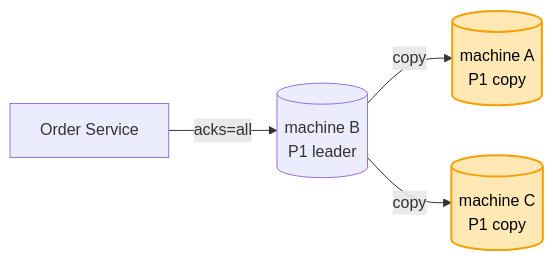
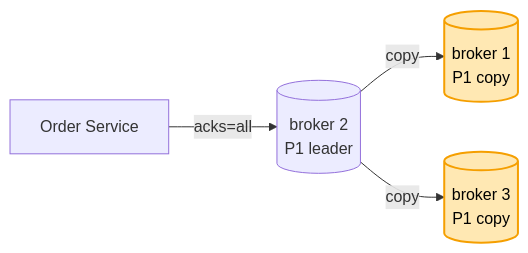
One commit to ArpanMaheshwari144/Prep changed the sixth of 8 diagrams in 04_HLD/SYSTEM_DESIGNS/12_message_queue_kafka/12_message_queue_kafka.md. Above: the diagram before and after it, drawn with Mermaid. The commit also changed other lines of this file and 9 other files, not shown here.

Commit message:
audit: 01-12 ki seedhi galtiyan (number, naam, diagram teer, chhote shabd, Redis WAIT)

````diff
--- a/04_HLD/SYSTEM_DESIGNS/12_message_queue_kafka/12_message_queue_kafka.md
+++ b/04_HLD/SYSTEM_DESIGNS/12_message_queue_kafka/12_message_queue_kafka.md
@@ -242,8 +242,8 @@
 ```mermaid
 flowchart LR
-    O["Order Service"] -- "acks=all" --> L[("machine B<br/>P1 leader")]
-    L -- "copy" --> A[("machine A<br/>P1 copy")]
-    L -- "copy" --> C[("machine C<br/>P1 copy")]
+    O["Order Service"] -- "acks=all" --> L[("broker 2<br/>P1 leader")]
+    L -- "copy" --> A[("broker 1<br/>P1 copy")]
+    L -- "copy" --> C[("broker 3<br/>P1 copy")]
     style A fill:#ffe8b3,stroke:#f59f00,stroke-width:2px,color:#000
     style C fill:#ffe8b3,stroke:#f59f00,stroke-width:2px,color:#000
 ```
````
